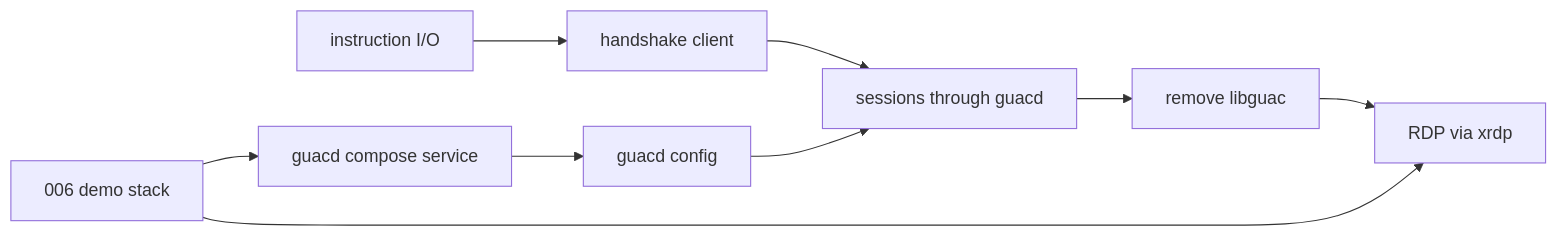
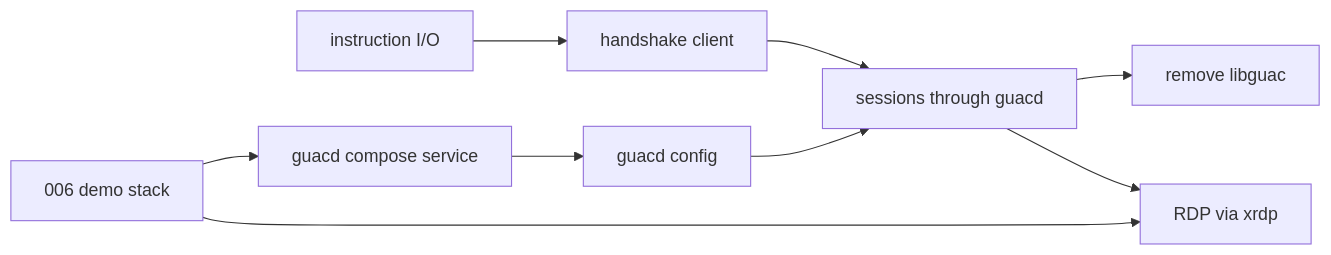
One commit to changkun/occamy changed the diagram in specs/005-upstream-guacamole.md. Above: the diagram before and after it, drawn with Mermaid. The commit also changed other lines of this file and 3 other files, not shown here.

Commit message:
specs: mark rdp-xrdp as complete, update README

````diff
--- a/specs/005-upstream-guacamole.md
+++ b/specs/005-upstream-guacamole.md
@@ -149,11 +149,11 @@
 ```mermaid
 graph LR
   S006[006 demo stack] --> C[guacd compose service]
   C --> G[guacd config]
   A[instruction I/O] --> B[handshake client]
   B --> D[sessions through guacd]
   G --> D
   D --> E[remove libguac]
-  E --> F[RDP via xrdp]
+  D --> F[RDP via xrdp]
   S006 --> F
 ```
````
